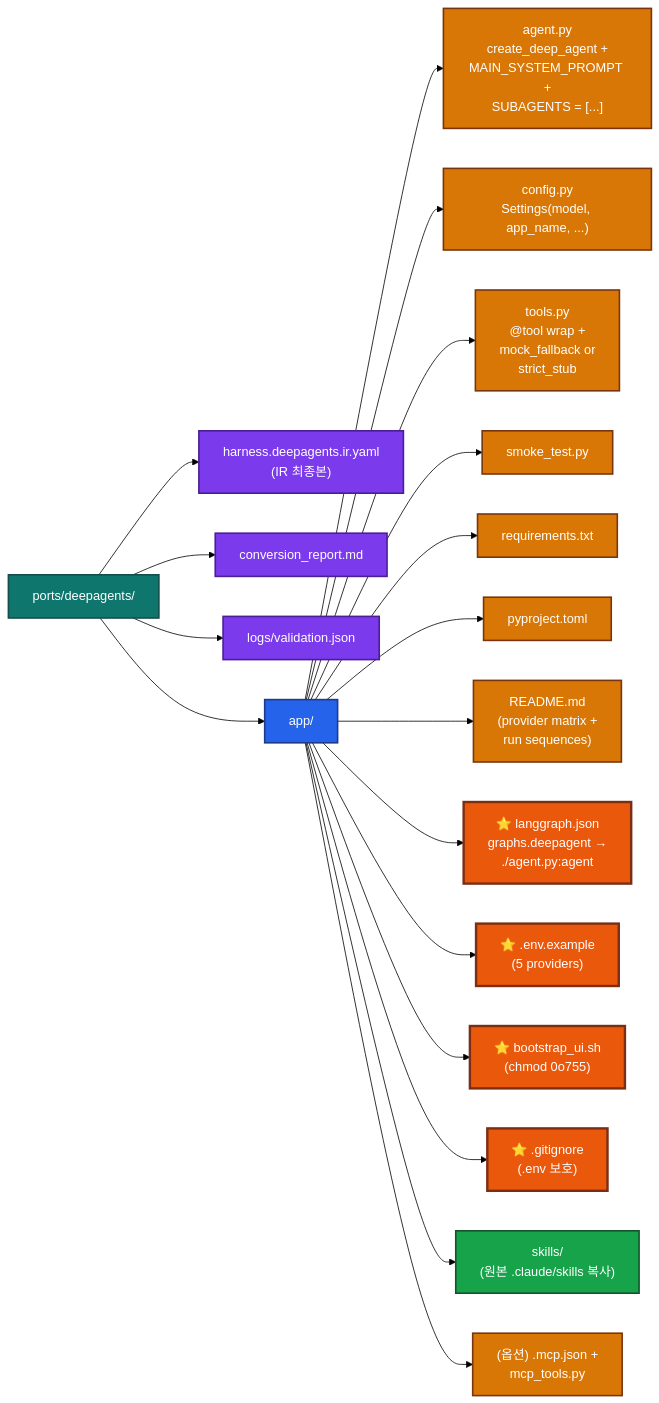
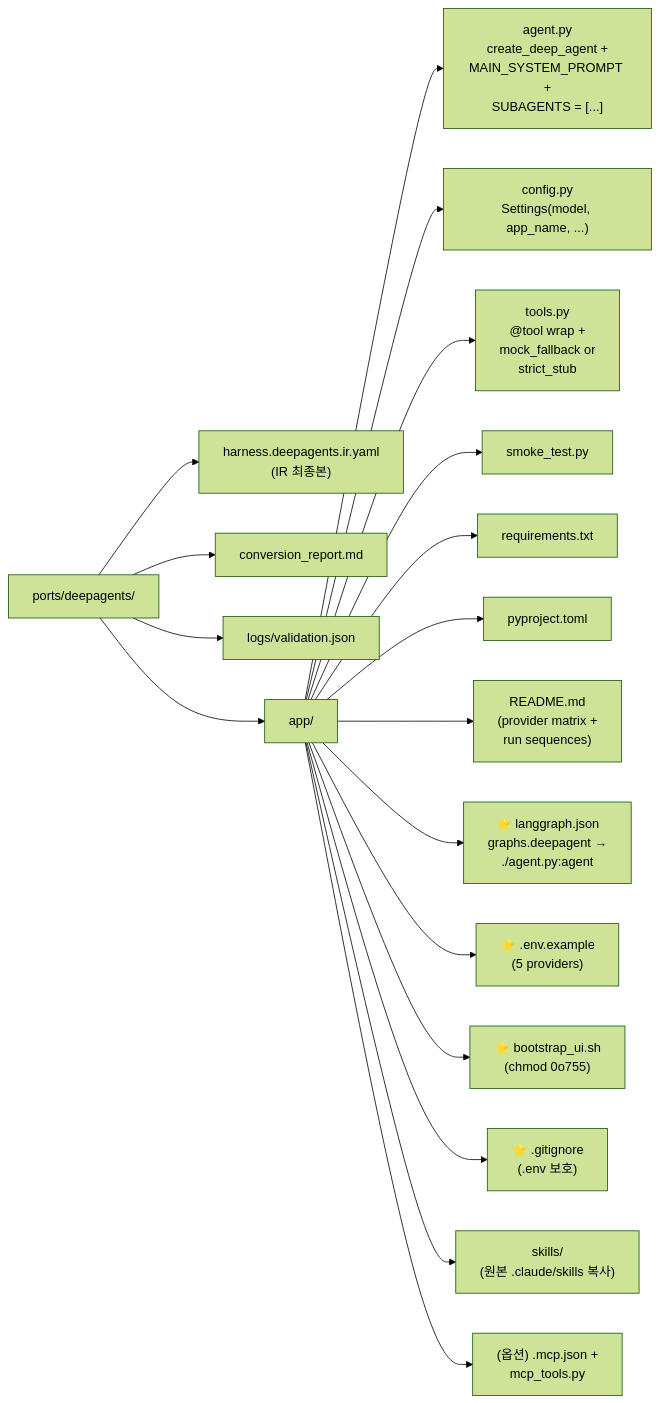
Before and after one commit to tykimos/harness2deepagents: the fourth of 10 diagrams in README.md, drawn with Mermaid (forest theme). The commit also changed other lines of this file and 1 other file, not shown here.

First line of the commit message:
style(readme): drop mermaid color styling, use default theme

````diff
--- a/README.md
+++ b/README.md
@@ -167,29 +154,23 @@
 ```mermaid
 graph LR
-    classDef root fill:#0f766e,color:#fff,stroke:#134e4a,stroke-width:2px
-    classDef pkg fill:#2563eb,color:#fff,stroke:#1e3a8a,stroke-width:2px
-    classDef core fill:#d97706,color:#fff,stroke:#78350f,stroke-width:2px
-    classDef ui fill:#ea580c,color:#fff,stroke:#7c2d12,stroke-width:3px
-    classDef preserved fill:#16a34a,color:#fff,stroke:#14532d,stroke-width:2px
-    classDef report fill:#7c3aed,color:#fff,stroke:#4c1d95,stroke-width:2px
 
-    Root["ports/deepagents/"]:::root
-    Root --> IR["harness.deepagents.ir.yaml<br/>(IR 최종본)"]:::report
-    Root --> Report["conversion_report.md"]:::report
-    Root --> Logs["logs/validation.json"]:::report
-    Root --> App["app/"]:::pkg
+    Root["ports/deepagents/"]
+    Root --> IR["harness.deepagents.ir.yaml<br/>(IR 최종본)"]
+    Root --> Report["conversion_report.md"]
+    Root --> Logs["logs/validation.json"]
+    Root --> App["app/"]
 
-    App --> Agent["agent.py<br/>create_deep_agent +<br/>MAIN_SYSTEM_PROMPT +<br/>SUBAGENTS = [...]"]:::core
-    App --> Config["config.py<br/>Settings(model, app_name, ...)"]:::core
-    App --> Tools["tools.py<br/>@tool wrap +<br/>mock_fallback or<br/>strict_stub"]:::core
-    App --> Smoke["smoke_test.py"]:::core
-    App --> Reqs["requirements.txt"]:::core
-    App --> Proj["pyproject.toml"]:::core
-    App --> Readme["README.md<br/>(provider matrix +<br/>run sequences)"]:::core
-    App --> LG["⭐ langgraph.json<br/>graphs.deepagent →<br/>./agent.py:agent"]:::ui
-    App --> Env["⭐ .env.example<br/>(5 providers)"]:::ui
-    App --> Boot["⭐ bootstrap_ui.sh<br/>(chmod 0o755)"]:::ui
-    App --> GI["⭐ .gitignore<br/>(.env 보호)"]:::ui
-    App --> Skills["skills/<br/>(원본 .claude/skills 복사)"]:::preserved
-    App --> Mcp["(옵션) .mcp.json +<br/>mcp_tools.py"]:::core
+    App --> Agent["agent.py<br/>create_deep_agent +<br/>MAIN_SYSTEM_PROMPT +<br/>SUBAGENTS = [...]"]
+    App --> Config["config.py<br/>Settings(model, app_name, ...)"]
+    App --> Tools["tools.py<br/>@tool wrap +<br/>mock_fallback or<br/>strict_stub"]
+    App --> Smoke["smoke_test.py"]
+    App --> Reqs["requirements.txt"]
+    App --> Proj["pyproject.toml"]
+    App --> Readme["README.md<br/>(provider matrix +<br/>run sequences)"]
+    App --> LG["⭐ langgraph.json<br/>graphs.deepagent →<br/>./agent.py:agent"]
+    App --> Env["⭐ .env.example<br/>(5 providers)"]
+    App --> Boot["⭐ bootstrap_ui.sh<br/>(chmod 0o755)"]
+    App --> GI["⭐ .gitignore<br/>(.env 보호)"]
+    App --> Skills["skills/<br/>(원본 .claude/skills 복사)"]
+    App --> Mcp["(옵션) .mcp.json +<br/>mcp_tools.py"]
 ```
````
